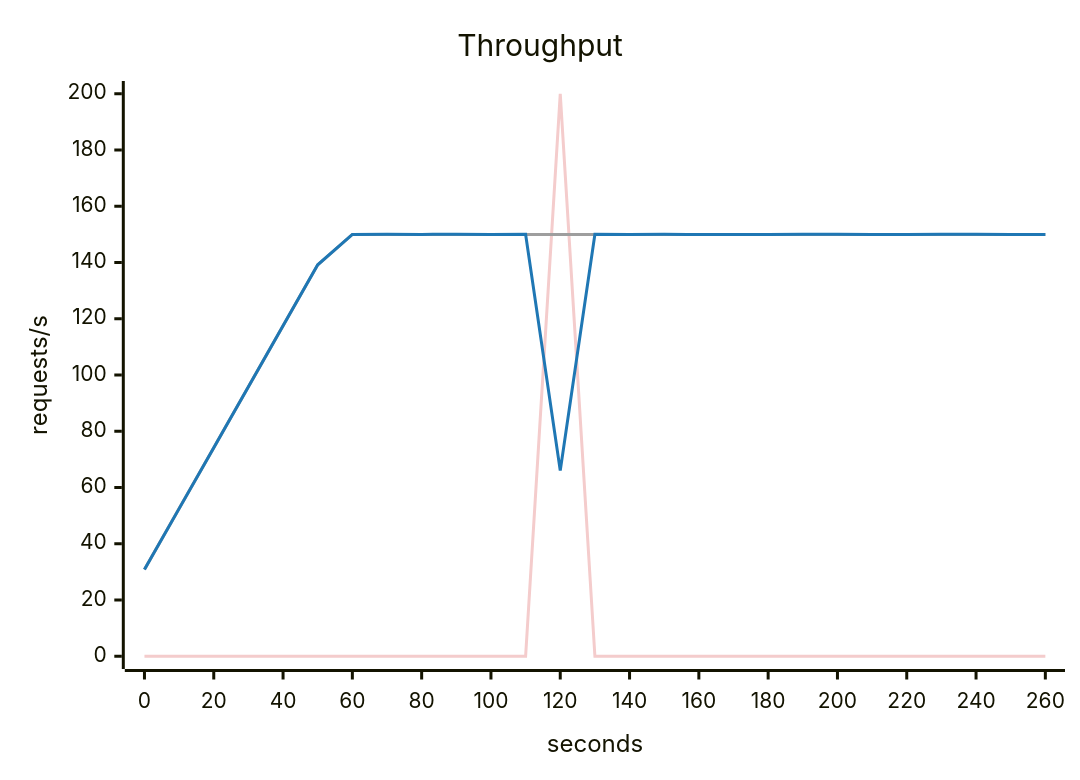
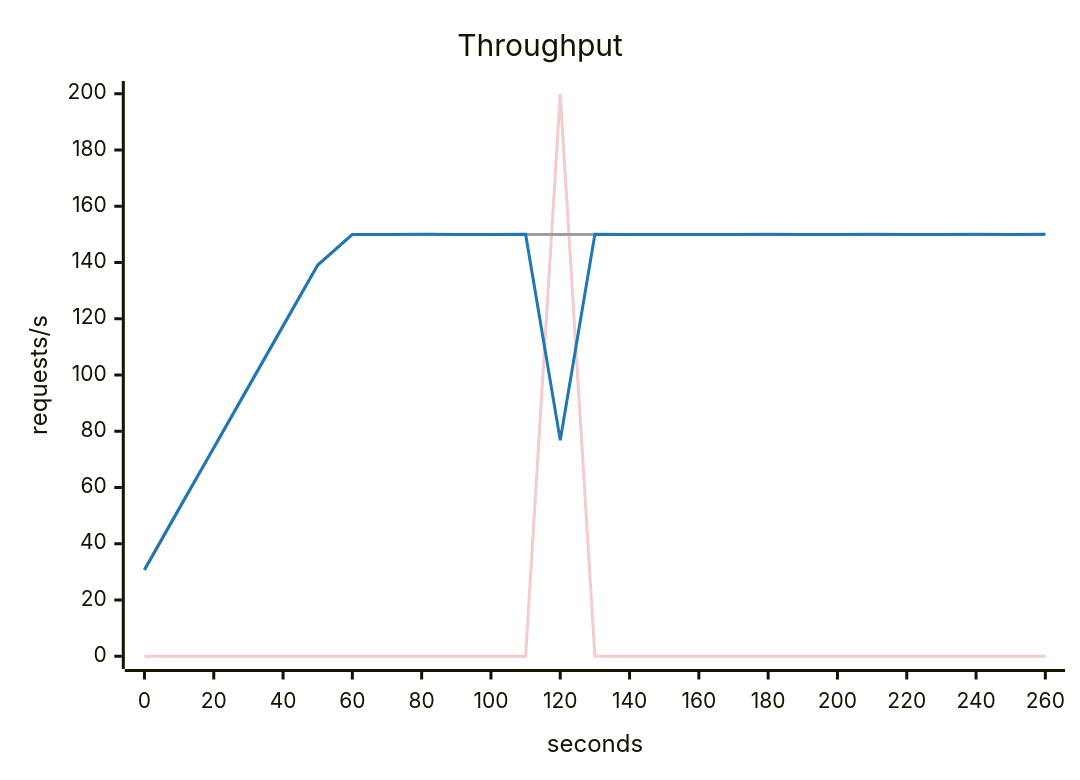
One commit to akinfemi/load-lore changed the second of 5 diagrams in scenarios/slow-dependency/solutions/fewer-retries/report.md. Above: the diagram before and after it, drawn with Mermaid. The commit also changed other lines of this file and 71 other files, not shown here.

````diff
--- a/scenarios/slow-dependency/solutions/fewer-retries/report.md
+++ b/scenarios/slow-dependency/solutions/fewer-retries/report.md
@@ -36,16 +36,16 @@
 ```mermaid
 ---
 config:
   themeVariables:
     xyChart:
       backgroundColor: "transparent"
       plotColorPalette: "#f4cccc, #9e9e9e, #1f77b4"
 ---
 xychart-beta
     title "Throughput"
     x-axis "seconds" 0 --> 260
     y-axis "requests/s" 0 --> 200
     line [0, 0, 0, 0, 0, 0, 0, 0, 0, 0, 0, 0, 200, 0, 0, 0, 0, 0, 0, 0, 0, 0, 0, 0, 0, 0, 0]
     line [30.833, 52.5, 74.167, 95.833, 117.5, 139.167, 150, 150, 150, 150, 150, 150, 150, 150, 150, 150, 150, 150, 150, 150, 150, 150, 150, 150, 150, 150, 150]
-    line [30.823, 52.49, 74.157, 95.81, 117.499, 139.171, 149.98, 150.004, 149.996, 150.015, 149.971, 150.015, 66.004, 150.002, 149.999, 150.001, 149.999, 150, 150, 150.001, 150.009, 149.985, 149.982, 150.018, 150.005, 150, 149.965]
+    line [30.676, 52.41, 74.088, 95.736, 117.428, 139.081, 149.999, 149.996, 150.015, 149.985, 149.991, 150.014, 76.8, 150.01, 149.99, 150, 150, 149.985, 150.015, 149.999, 149.996, 150.005, 149.986, 149.999, 150.01, 149.99, 150.011]
 ```
````
